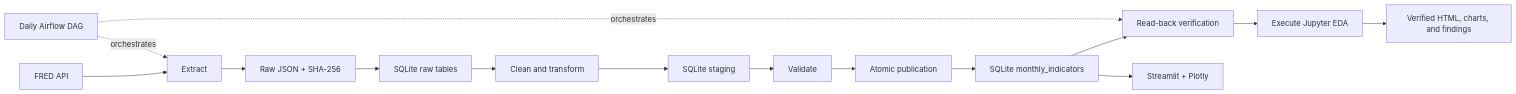
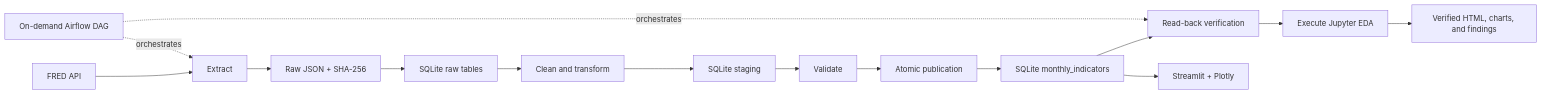
Before and after one commit to xingsun19/us-macroeconomic-pipeline-dashboard: the diagram in README.md, drawn with Mermaid. The commit also changed other lines of this file and 14 other files, not shown here.

````diff
--- a/README.md
+++ b/README.md
@@ -41,17 +44,17 @@
 ```mermaid
 flowchart LR
     F[FRED API] --> E[Extract]
     E --> J[Raw JSON + SHA-256]
     J --> R[SQLite raw tables]
     R --> C[Clean and transform]
     C --> S[SQLite staging]
     S --> V[Validate]
     V --> P[Atomic publication]
     P --> M[SQLite monthly_indicators]
     M --> Q[Read-back verification]
     Q --> N[Execute Jupyter EDA]
     N --> H[Verified HTML, charts, and findings]
     M --> D[Streamlit + Plotly]
-    A[Daily Airflow DAG] -. orchestrates .-> E
+    A[On-demand Airflow DAG] -. orchestrates .-> E
     A -. orchestrates .-> Q
 ```
````
